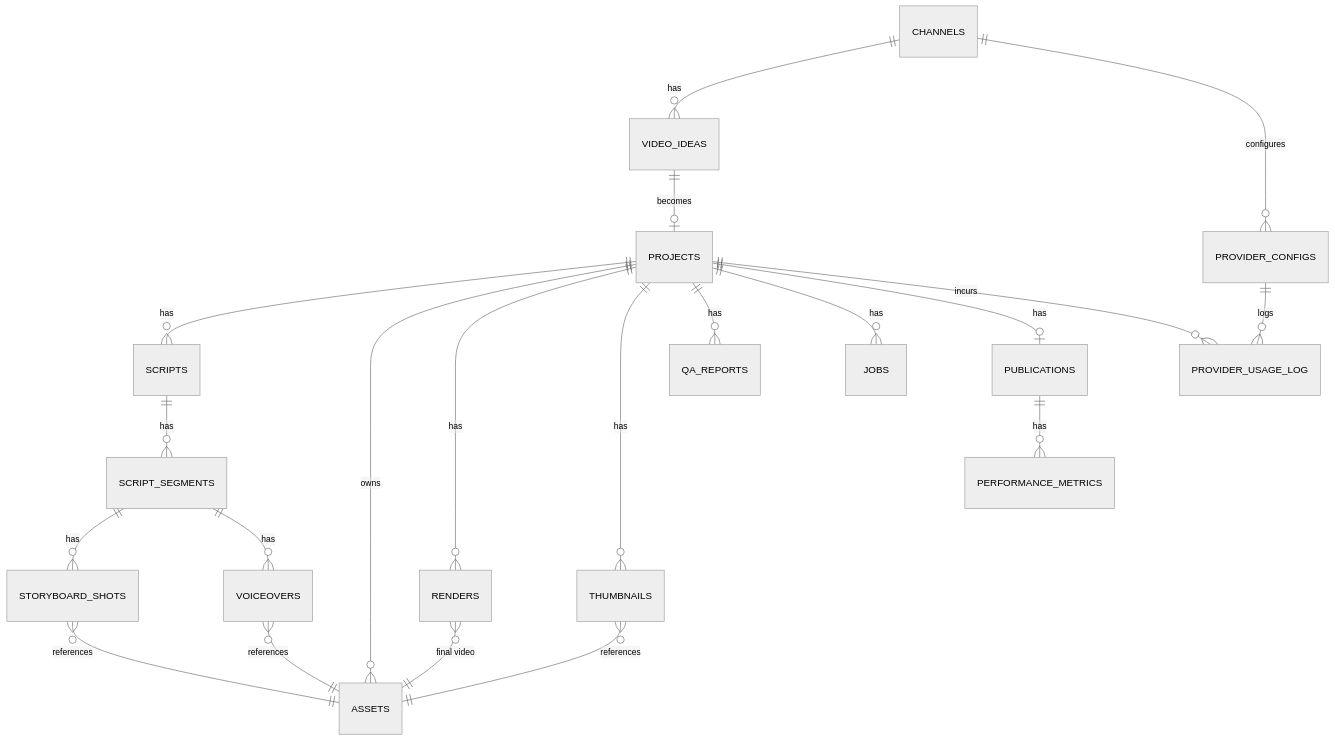
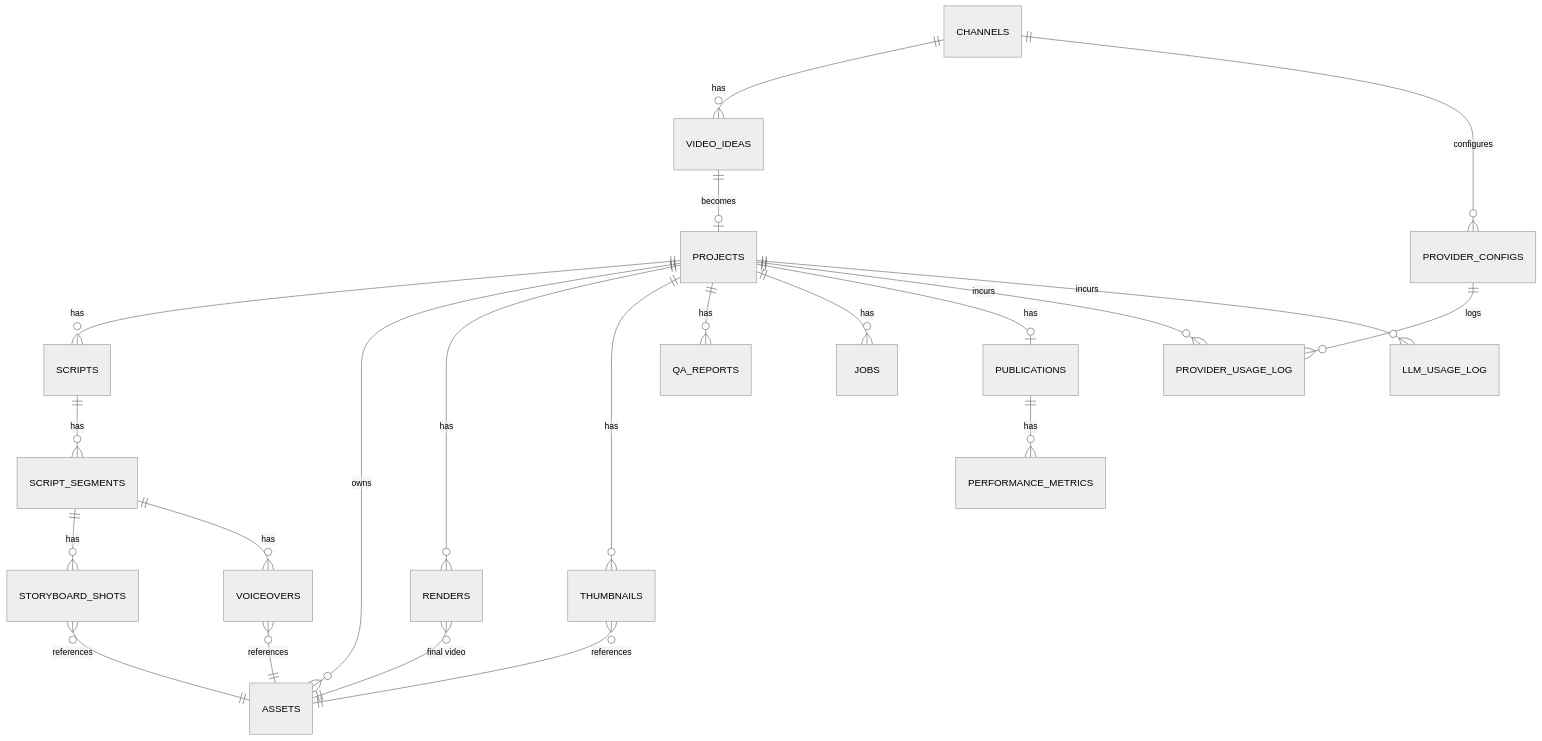
Before and after one commit to Erdabi/Yt_Agent_project: the diagram in docs/architecture/04-database-design.md, drawn with Mermaid (neutral theme). The commit also changed other lines of this file and 19 other files, not shown here.

First line of the commit message:
Add Project Context Builder and LLM usage tracking

````diff
--- a/docs/architecture/04-database-design.md
+++ b/docs/architecture/04-database-design.md
@@ -9,23 +9,24 @@
 ```mermaid
 erDiagram
     CHANNELS ||--o{ VIDEO_IDEAS : has
     CHANNELS ||--o{ PROVIDER_CONFIGS : configures
     VIDEO_IDEAS ||--o| PROJECTS : becomes
     PROJECTS ||--o{ SCRIPTS : has
     SCRIPTS ||--o{ SCRIPT_SEGMENTS : has
     SCRIPT_SEGMENTS ||--o{ STORYBOARD_SHOTS : has
     PROJECTS ||--o{ ASSETS : owns
     STORYBOARD_SHOTS }o--|| ASSETS : references
     SCRIPT_SEGMENTS ||--o{ VOICEOVERS : has
     VOICEOVERS }o--|| ASSETS : references
     PROJECTS ||--o{ RENDERS : has
     RENDERS }o--|| ASSETS : "final video"
     PROJECTS ||--o{ THUMBNAILS : has
     THUMBNAILS }o--|| ASSETS : references
     PROJECTS ||--o{ QA_REPORTS : has
     PROJECTS ||--o{ JOBS : has
     PROJECTS ||--o| PUBLICATIONS : has
     PUBLICATIONS ||--o{ PERFORMANCE_METRICS : has
     PROVIDER_CONFIGS ||--o{ PROVIDER_USAGE_LOG : logs
     PROJECTS ||--o{ PROVIDER_USAGE_LOG : incurs
+    PROJECTS ||--o{ LLM_USAGE_LOG : incurs
 ```
````
